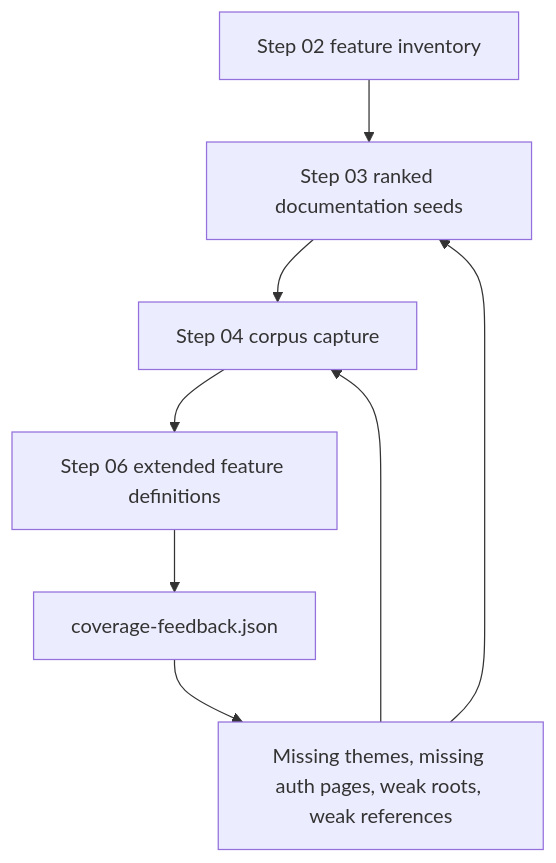
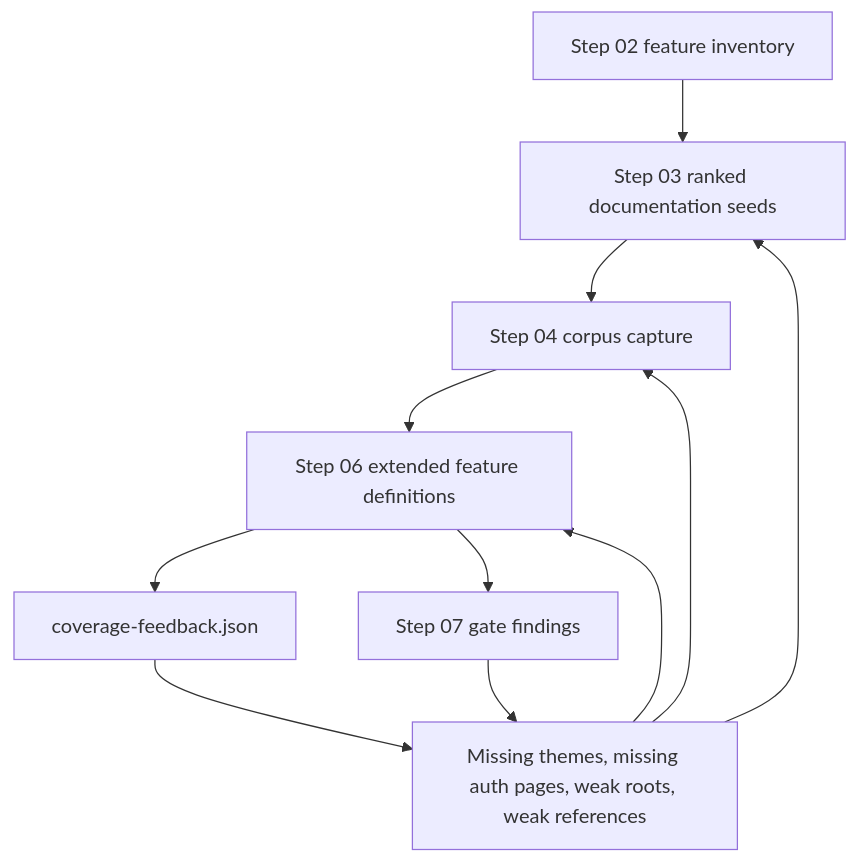
One commit to gvillarroel/gcp-radar changed the second of 3 diagrams in docs/pipeline.md. Above: the diagram before and after it, drawn with Mermaid. The commit also changed other lines of this file and 5 other files, not shown here.

````diff
--- a/docs/pipeline.md
+++ b/docs/pipeline.md
@@ -193,10 +262,13 @@
 ```mermaid
 flowchart TD
     A["Step 02 feature inventory"] --> B["Step 03 ranked documentation seeds"]
     B --> C["Step 04 corpus capture"]
     C --> D["Step 06 extended feature definitions"]
     D --> E["coverage-feedback.json"]
+    D --> G["Step 07 gate findings"]
     E --> F["Missing themes, missing auth pages, weak roots, weak references"]
+    G --> F
     F --> B
     F --> C
+    F --> D
 ```
````
